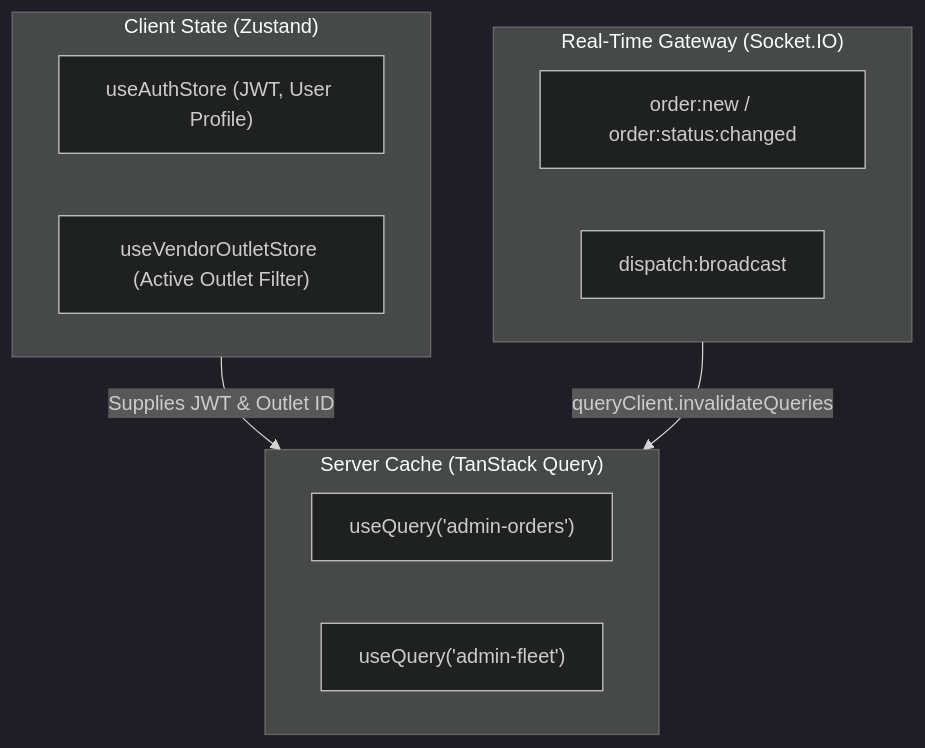
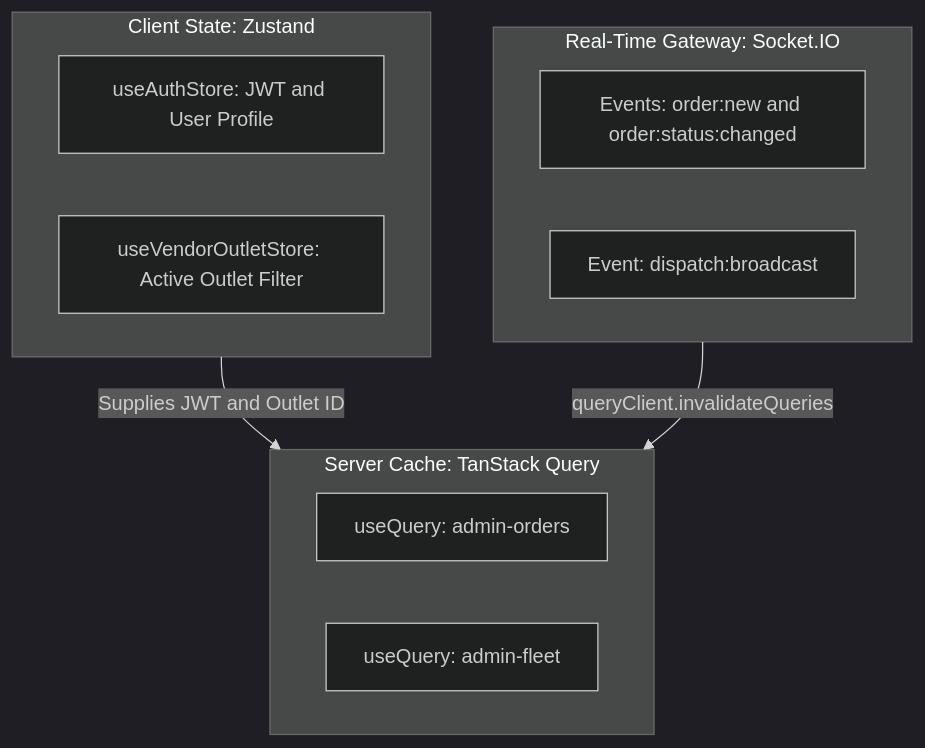
Before and after one commit to ihjohny/DeliveryOS: the diagram in context_docs/architecture-decision-records/ADR-006-dual-store-frontend-paradigm-and-websocket-invalidation.md, drawn with Mermaid (dark theme). The commit also changed 5 other files, not shown here.

Commit message:
fix(adr): sanitize Mermaid diagram syntax across ADR suite for GitHub rich display rendering

````diff
--- a/context_docs/architecture-decision-records/ADR-006-dual-store-frontend-paradigm-and-websocket-invalidation.md
+++ b/context_docs/architecture-decision-records/ADR-006-dual-store-frontend-paradigm-and-websocket-invalidation.md
@@ -38,20 +38,20 @@
 ```mermaid
 flowchart TD
-    subgraph ClientState["Client State (Zustand)"]
-        Z1["useAuthStore (JWT, User Profile)"]
-        Z2["useVendorOutletStore (Active Outlet Filter)"]
+    subgraph ClientState["Client State: Zustand"]
+        Z1["useAuthStore: JWT and User Profile"]
+        Z2["useVendorOutletStore: Active Outlet Filter"]
     end
 
-    subgraph ServerState["Server Cache (TanStack Query)"]
-        Q1["useQuery('admin-orders')"]
-        Q2["useQuery('admin-fleet')"]
+    subgraph ServerState["Server Cache: TanStack Query"]
+        Q1["useQuery: admin-orders"]
+        Q2["useQuery: admin-fleet"]
     end
 
-    subgraph WSGateway["Real-Time Gateway (Socket.IO)"]
-        W1["order:new / order:status:changed"]
-        W2["dispatch:broadcast"]
+    subgraph WSGateway["Real-Time Gateway: Socket.IO"]
+        W1["Events: order:new and order:status:changed"]
+        W2["Event: dispatch:broadcast"]
     end
 
-    ClientState -->|Supplies JWT & Outlet ID| ServerState
+    ClientState -->|Supplies JWT and Outlet ID| ServerState
     WSGateway -->|queryClient.invalidateQueries| ServerState
 ```
````
